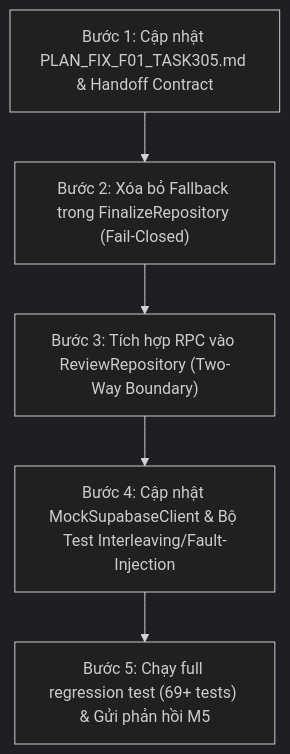
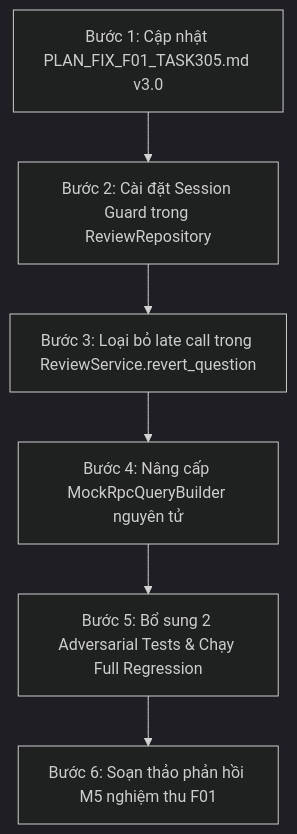
The third of 3 diagrams in docs/tasks/PLAN_FIX_F01_TASK305.md (Computational-Thinking-Project/isomorphic-exam-synthesizer), drawn with Mermaid (dark theme) before and after one commit. The commit also changed other lines of this file and 5 other files, not shown here.

First line of the commit message:
fix(review): eliminate secondary mutation surface and enforce fail-safe immutability guard (F01 v3.0) [TASK-305]

````diff
--- a/docs/tasks/PLAN_FIX_F01_TASK305.md
+++ b/docs/tasks/PLAN_FIX_F01_TASK305.md
@@ -422,7 +301,8 @@
 ```mermaid
 graph TD
-    S1["Bước 1: Cập nhật PLAN_FIX_F01_TASK305.md & Handoff Contract"] --> S2["Bước 2: Xóa bỏ Fallback trong FinalizeRepository (Fail-Closed)"]
-    S2 --> S3["Bước 3: Tích hợp RPC vào ReviewRepository (Two-Way Boundary)"]
-    S3 --> S4["Bước 4: Cập nhật MockSupabaseClient & Bộ Test Interleaving/Fault-Injection"]
-    S4 --> S5["Bước 5: Chạy full regression test (69+ tests) & Gửi phản hồi M5"]
+    S1["Bước 1: Cập nhật PLAN_FIX_F01_TASK305.md v3.0"] --> S2["Bước 2: Cài đặt Session Guard trong ReviewRepository"]
+    S2 --> S3["Bước 3: Loại bỏ late call trong ReviewService.revert_question"]
+    S3 --> S4["Bước 4: Nâng cấp MockRpcQueryBuilder nguyên tử"]
+    S4 --> S5["Bước 5: Bổ sung 2 Adversarial Tests & Chạy Full Regression"]
+    S5 --> S6["Bước 6: Soạn thảo phản hồi M5 nghiệm thu F01"]
 ```
````
